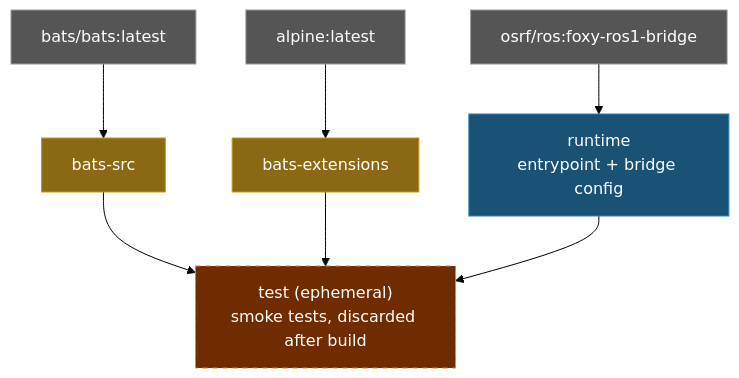
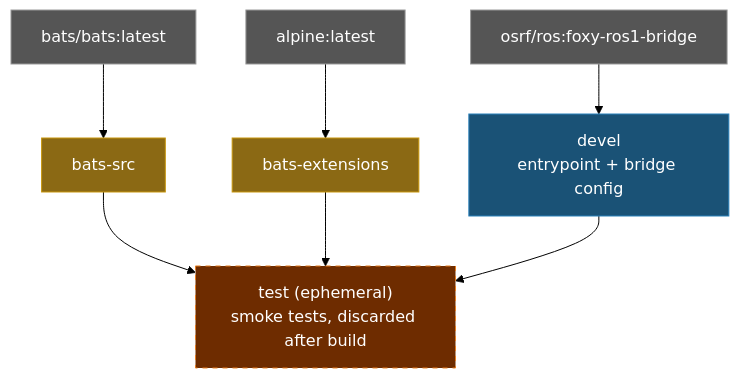
One commit to ycpss91255-docker/ros1_bridge changed the diagram in README.md. Above: the diagram before and after it, drawn with Mermaid (forest theme). The commit also changed other lines of this file and 25 other files, not shown here.

````diff
--- a/README.md
+++ b/README.md
@@ -99,20 +99,20 @@
 ```mermaid
 graph TD
     EXT1["bats/bats:latest"]:::external
     EXT2["alpine:latest"]:::external
     EXT3["osrf/ros:foxy-ros1-bridge"]:::external
 
     EXT1 --> bats-src["bats-src"]:::tool
     EXT2 --> bats-ext["bats-extensions"]:::tool
 
-    EXT3 --> runtime["runtime\nentrypoint + bridge config"]:::stage
+    EXT3 --> devel["devel\nentrypoint + bridge config"]:::stage
 
     bats-src --> test["test (ephemeral)\nsmoke tests, discarded after build"]:::ephemeral
     bats-ext --> test
-    runtime --> test
+    devel --> test
 
     classDef external fill:#555,color:#fff,stroke:#999
     classDef tool fill:#8B6914,color:#fff,stroke:#c8960c
     classDef stage fill:#1a5276,color:#fff,stroke:#2980b9
     classDef ephemeral fill:#6e2c00,color:#fff,stroke:#e67e22,stroke-dasharray:5 5
 ```
````
